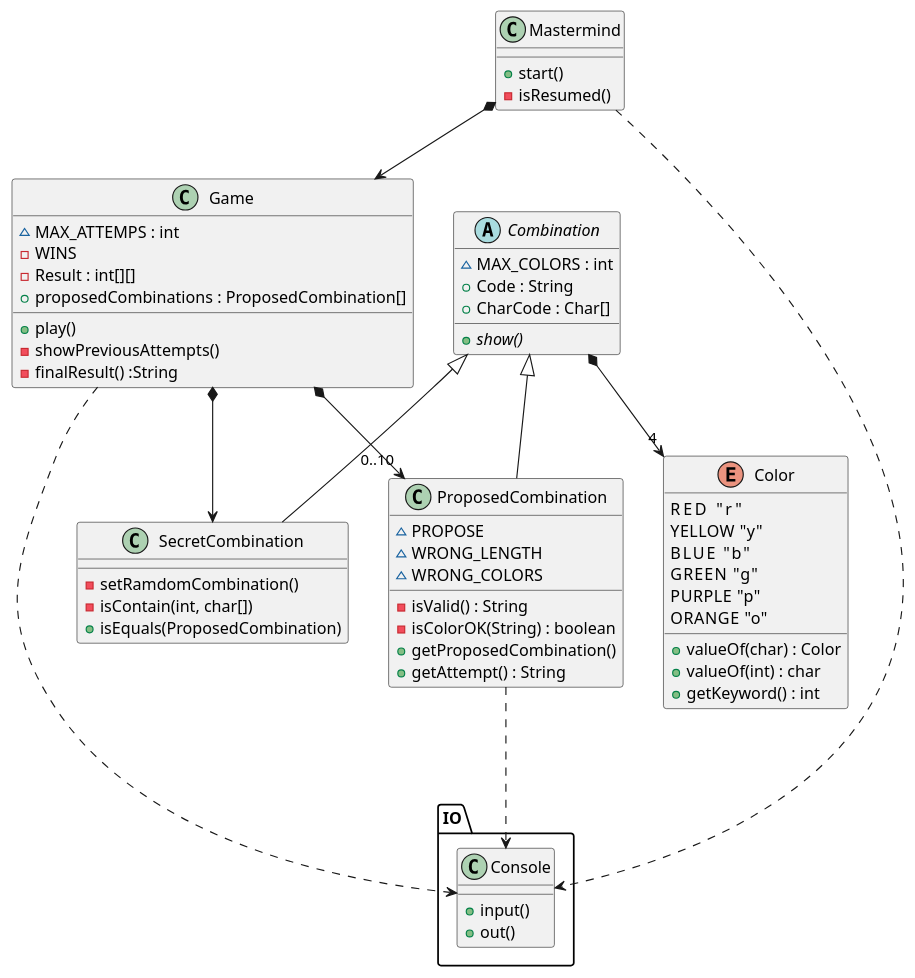
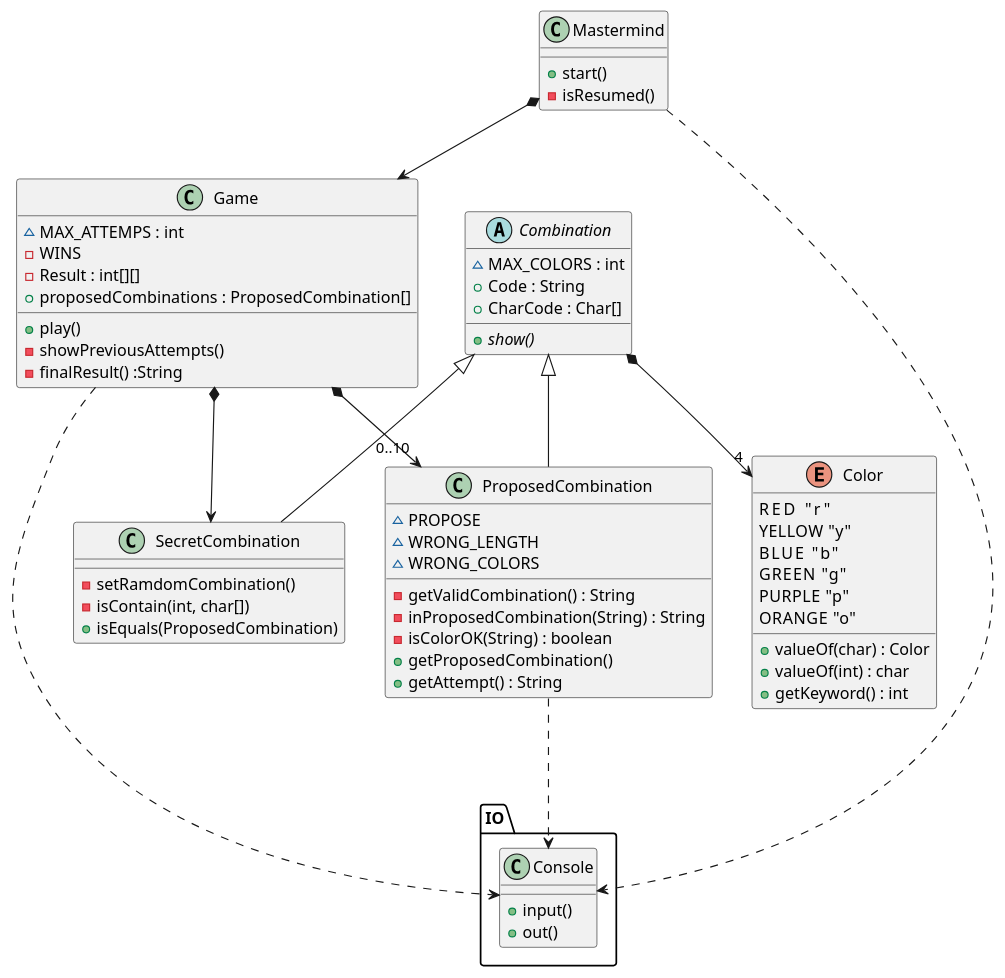
Before and after one commit to Master-Desarrollo-20-21/ejercicio-3-codigo-de-mastermind-herencia-kiarras: the diagram in Mastermind/Mastermind.wsd, drawn with PlantUML. The commit also changed 2 other files, not shown here.

Commit message:
Change ProposedCombination

```diff
--- a/Mastermind/Mastermind.wsd
+++ b/Mastermind/Mastermind.wsd
@@ -1,63 +1,64 @@
 @startuml Mastermind
 class Mastermind{
   + start()
   - isResumed()
 }
 Mastermind *--> Game
 class Game{
     ~ MAX_ATTEMPS : int
     - WINS
     - Result : int[][]
     + proposedCombinations : ProposedCombination[]
     + play()
     - showPreviousAttempts()
     - finalResult() :String
 }
 Game *--> SecretCombination
 Game *--> "0..10" ProposedCombination
 
 abstract class Combination{
     ~ MAX_COLORS : int
     + Code : String
     + CharCode : Char[]
     {abstract} + show()
 }
 Combination *--> "4" Color
 enum Color{
     RED     "r"
     YELLOW  "y"
     BLUE    "b"
     GREEN   "g"
     PURPLE  "p"
     ORANGE  "o"
     + valueOf(char) : Color
     + valueOf(int) : char
     + getKeyword() : int
 }
 Combination <|-- SecretCombination
 Combination <|-- ProposedCombination
 Class SecretCombination{
     - setRamdomCombination()
     - isContain(int, char[])
     + isEquals(ProposedCombination)
 }
 Class ProposedCombination{
     ~ PROPOSE
     ~ WRONG_LENGTH
     ~ WRONG_COLORS
-    - isValid() : String
+    - getValidCombination() : String
+    - inProposedCombination(String) : String
     - isColorOK(String) : boolean
     + getProposedCombination()
     + getAttempt() : String
 }
 
 package IO{
     Class Console{
         + input()
         + out()
     }
 }
 Game ...> Console
 Mastermind ...> Console
 ProposedCombination ...> Console
 @enduml
```
